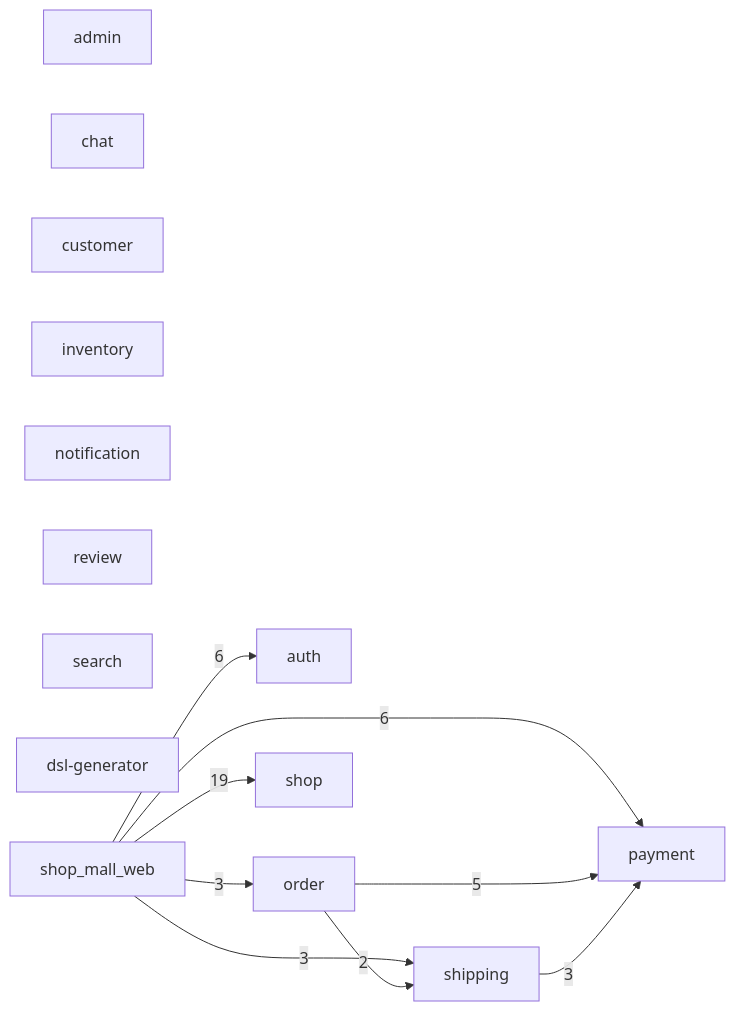
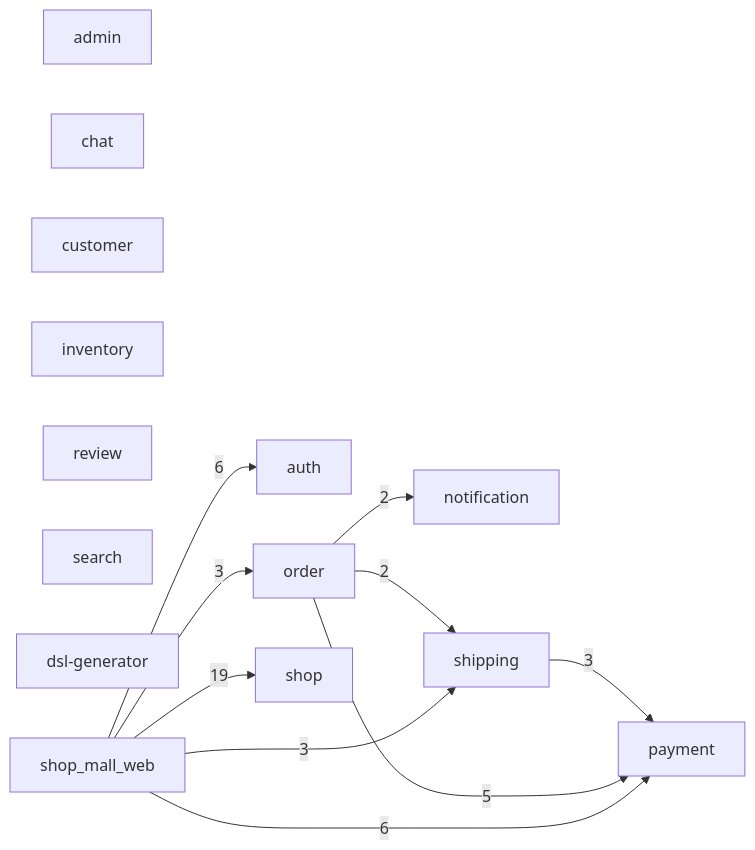
The diagram in ARCHITECTURE.md (makoto-developer/go_microservice_example), drawn with Mermaid before and after one commit. The commit also changed other lines of this file and 15 other files, not shown here.

````diff
--- a/ARCHITECTURE.md
+++ b/ARCHITECTURE.md
@@ -10,25 +10,26 @@
 ```mermaid
 graph LR
   s0["admin"]
   s1["auth"]
   s2["chat"]
   s3["customer"]
   s4["inventory"]
   s5["notification"]
   s6["order"]
   s7["payment"]
   s8["review"]
   s9["search"]
   s10["shipping"]
   s11["shop"]
   s12["dsl-generator"]
   s13["shop_mall_web"]
   s13 -->|"19"| s11
   s13 -->|"6"| s7
   s13 -->|"6"| s1
   s6 -->|"5"| s7
   s10 -->|"3"| s7
   s13 -->|"3"| s10
   s13 -->|"3"| s6
+  s6 -->|"2"| s5
   s6 -->|"2"| s10
 ```
````
